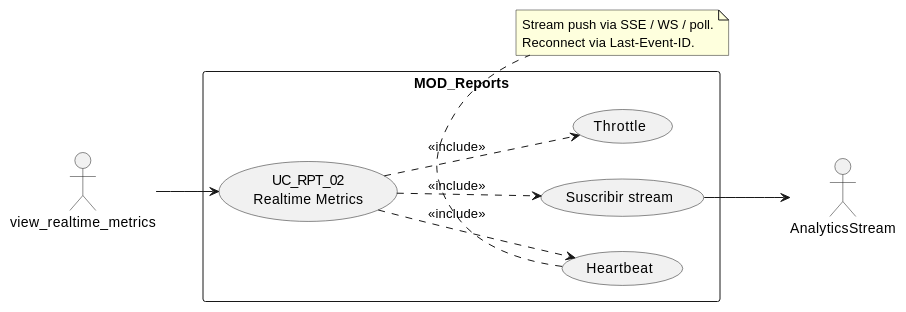
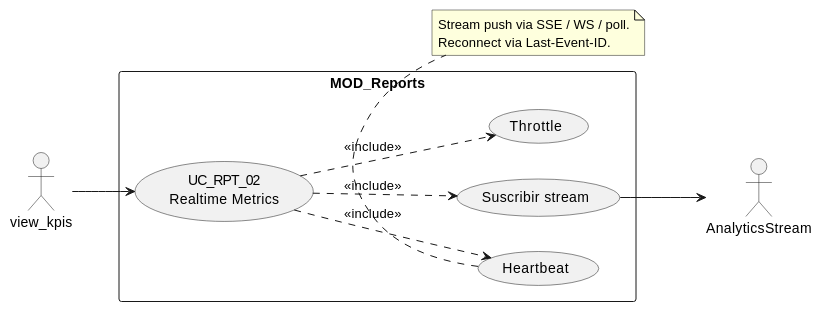
Before and after one commit to jcg-admin/IACT-docs: the first of 4 diagrams in source/requisitos/casos-uso/reports/uc-rpt-02/diagramas-uml.rst, drawn with PlantUML. The commit also changed other lines of this file and 157 other files, not shown here.

First line of the commit message:
Enforce catalog function names across all diagrams

```diff
--- a/source/requisitos/casos-uso/reports/uc-rpt-02/diagramas-uml.rst
+++ b/source/requisitos/casos-uso/reports/uc-rpt-02/diagramas-uml.rst
@@ -10,28 +10,28 @@
 .. uml::
  :caption: UC_RPT_02 — realtime
 
  @startuml
  left to right direction
 
- actor "view_realtime_metrics" as USR
+ actor "view_kpis" as USR
  actor "AnalyticsStream" as AS
 
  rectangle "MOD_Reports" {
    usecase "UC_RPT_02\nRealtime Metrics" as UC02
    usecase "Suscribir stream" as SUB
    usecase "Throttle" as TH
    usecase "Heartbeat" as HB
  }
 
  USR --> UC02
  UC02 ..> SUB : <<include>>
  UC02 ..> TH : <<include>>
  UC02 ..> HB : <<include>>
  SUB --> AS
 
  note bottom
    Stream push via SSE / WS / poll.
    Reconnect via Last-Event-ID.
  end note
 
  @enduml
```
